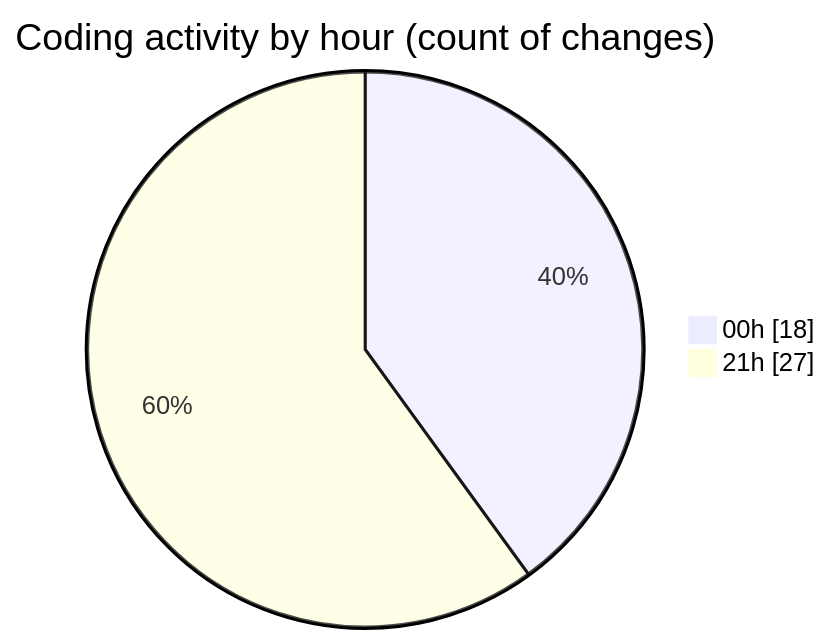
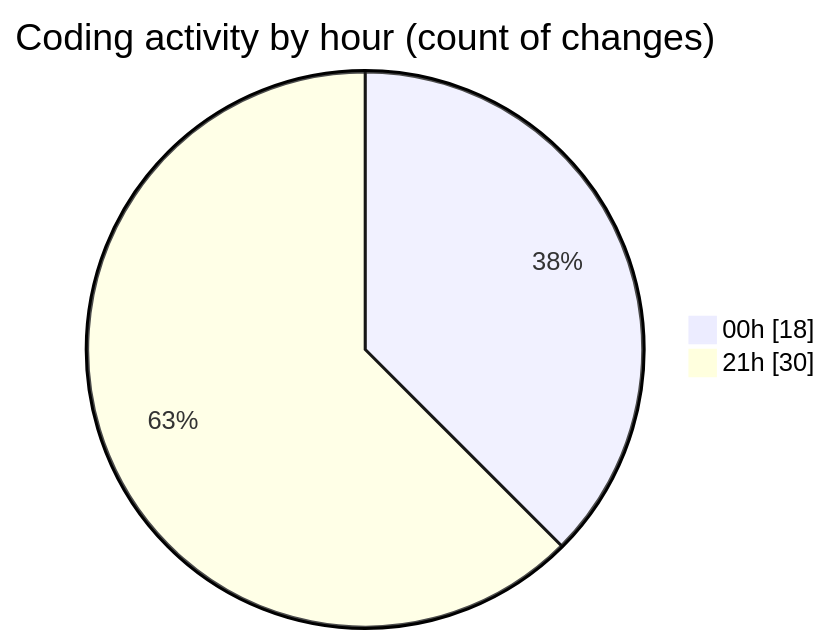
The second of 2 diagrams in 2025-04-23/echo/README.md (Netris89/code-tracking), drawn with Mermaid before and after one commit. The commit also changed other lines of this file and 1 other file, not shown here.

````diff
--- a/2025-04-23/echo/README.md
+++ b/2025-04-23/echo/README.md
@@ -30,6 +30,6 @@
 ```mermaid
 pie showData
 title Coding activity by hour (count of changes)
 "00h" : 18
-"21h" : 27
+"21h" : 30
 ```
````
